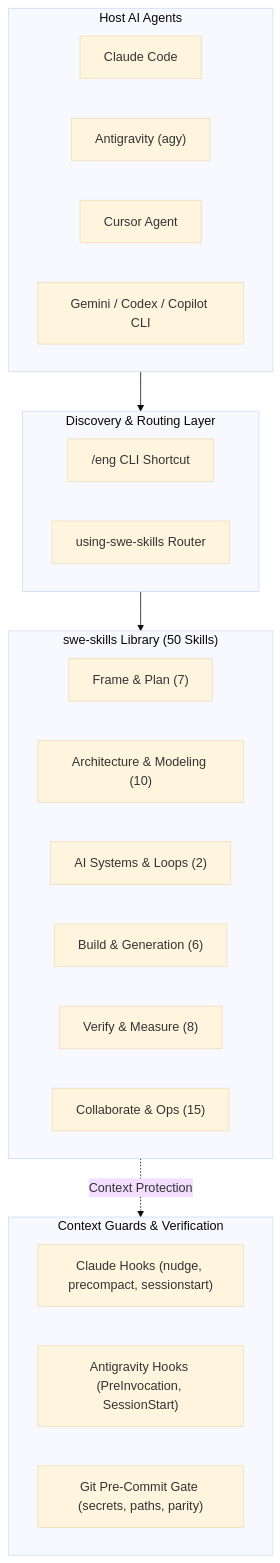
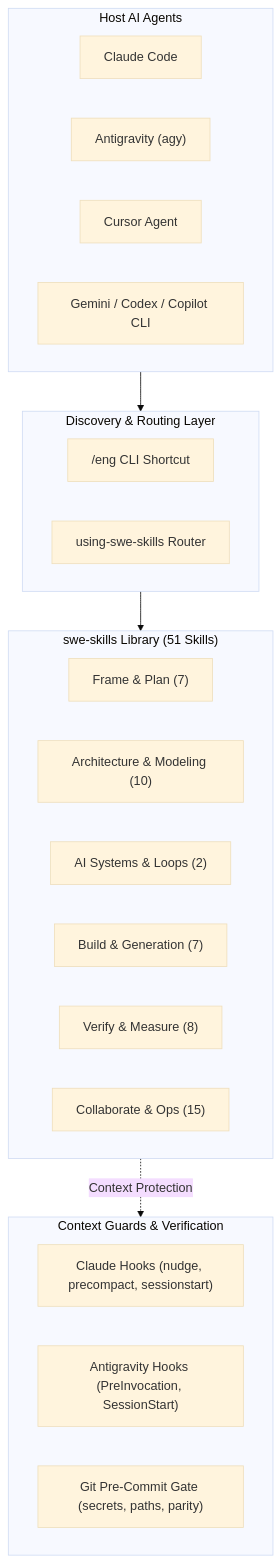
The diagram in docs/usermanual/README.md (bsommers/swe-skills-2), drawn with Mermaid (base theme) before and after one commit. The commit also changed other lines of this file and 15 other files, not shown here.

````diff
--- a/docs/usermanual/README.md
+++ b/docs/usermanual/README.md
@@ -27,33 +27,33 @@
 ```mermaid
 flowchart TD
     subgraph AgentHosts["Host AI Agents"]
         Claude["Claude Code"]
         Agy["Antigravity (agy)"]
         Cursor["Cursor Agent"]
         Other["Gemini / Codex / Copilot CLI"]
     end
 
     subgraph RouterLayer["Discovery & Routing Layer"]
         Eng["/eng CLI Shortcut"]
         UsingSwe["using-swe-skills Router"]
     end
 
-    subgraph SkillSuite["swe-skills Library (50 Skills)"]
+    subgraph SkillSuite["swe-skills Library (51 Skills)"]
         Plan["Frame & Plan (7)"]
         Arch["Architecture & Modeling (10)"]
         AI["AI Systems & Loops (2)"]
-        Build["Build & Generation (6)"]
+        Build["Build & Generation (7)"]
         Verify["Verify & Measure (8)"]
         Ops["Collaborate & Ops (15)"]
     end
 
     subgraph RuntimeHooks["Context Guards & Verification"]
         ClaudeHooks["Claude Hooks (nudge, precompact, sessionstart)"]
         AgyHooks["Antigravity Hooks (PreInvocation, SessionStart)"]
         GitHooks["Git Pre-Commit Gate (secrets, paths, parity)"]
     end
 
     AgentHosts --> RouterLayer
     RouterLayer --> SkillSuite
     SkillSuite -. Context Protection .-> RuntimeHooks
 ```
````
